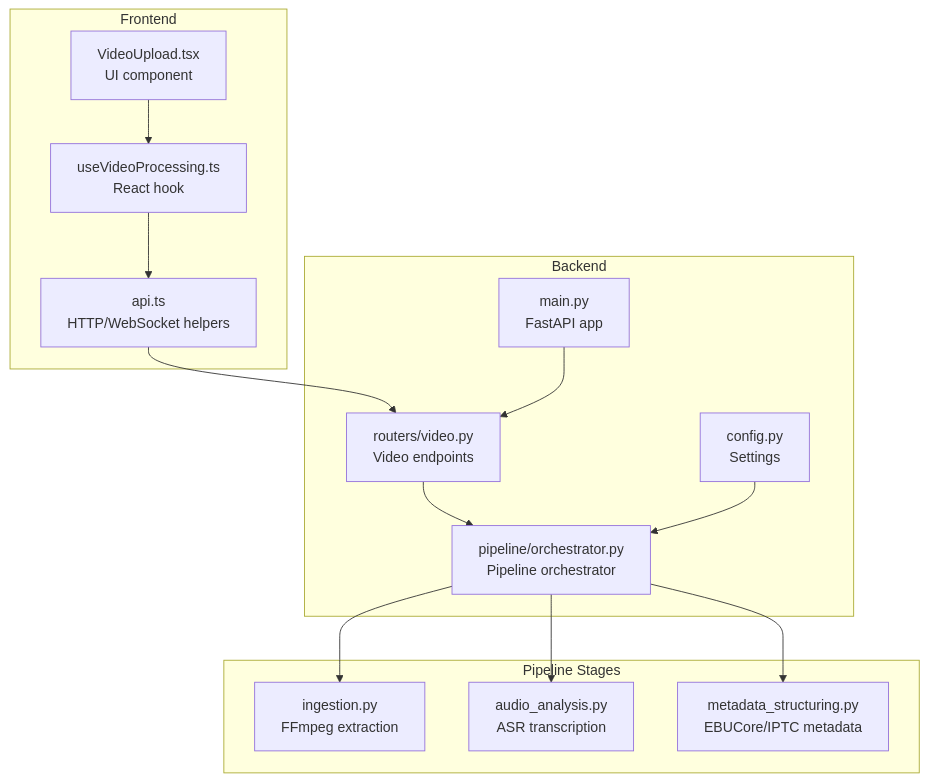
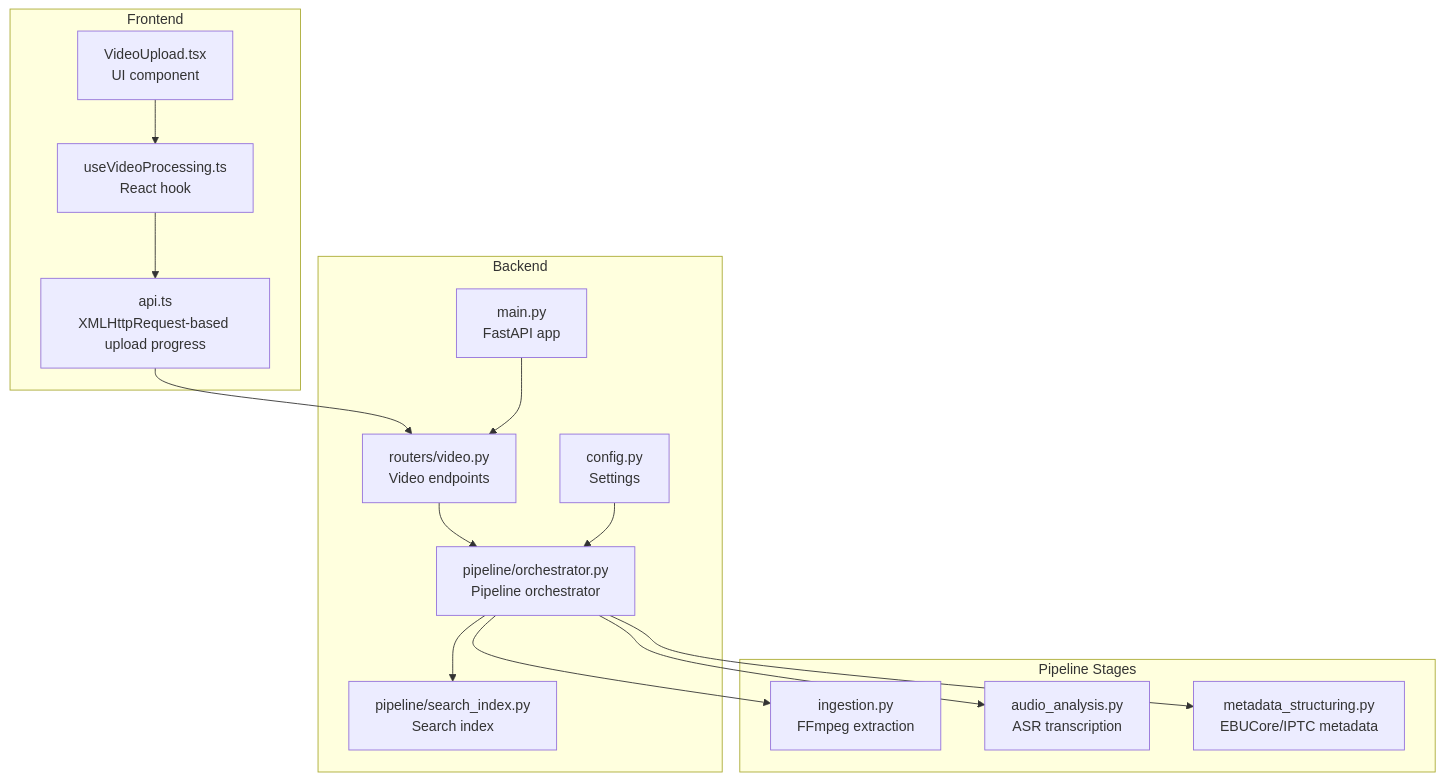
The first of 3 diagrams in .qoder/repowiki/en/content/Backend API Reference/Video Processing Endpoints.md (alexandreybasta-cyber/dubai-media-ai), drawn with Mermaid before and after one commit. The commit also changed other lines of this file and 23 other files, not shown here.

````diff
--- a/.qoder/repowiki/en/content/Backend API Reference/Video Processing Endpoints.md
+++ b/.qoder/repowiki/en/content/Backend API Reference/Video Processing Endpoints.md
@@ -53,28 +57,30 @@
 ```mermaid
 graph TB
 subgraph "Frontend"
-FE_API["api.ts<br/>HTTP/WebSocket helpers"]
+FE_API["api.ts<br/>XMLHttpRequest-based upload progress"]
 FE_HOOK["useVideoProcessing.ts<br/>React hook"]
 FE_UPLOAD["VideoUpload.tsx<br/>UI component"]
 end
 subgraph "Backend"
 MAIN["main.py<br/>FastAPI app"]
 ROUTER["routers/video.py<br/>Video endpoints"]
 ORCH["pipeline/orchestrator.py<br/>Pipeline orchestrator"]
 CFG["config.py<br/>Settings"]
+SI["pipeline/search_index.py<br/>Search index"]
 end
 subgraph "Pipeline Stages"
 ING["ingestion.py<br/>FFmpeg extraction"]
 AUD["audio_analysis.py<br/>ASR transcription"]
 META["metadata_structuring.py<br/>EBUCore/IPTC metadata"]
 end
 FE_API --> ROUTER
 FE_HOOK --> FE_API
 FE_UPLOAD --> FE_HOOK
 MAIN --> ROUTER
 ROUTER --> ORCH
 ORCH --> ING
 ORCH --> AUD
 ORCH --> META
+ORCH --> SI
 CFG --> ORCH
 ```
````
